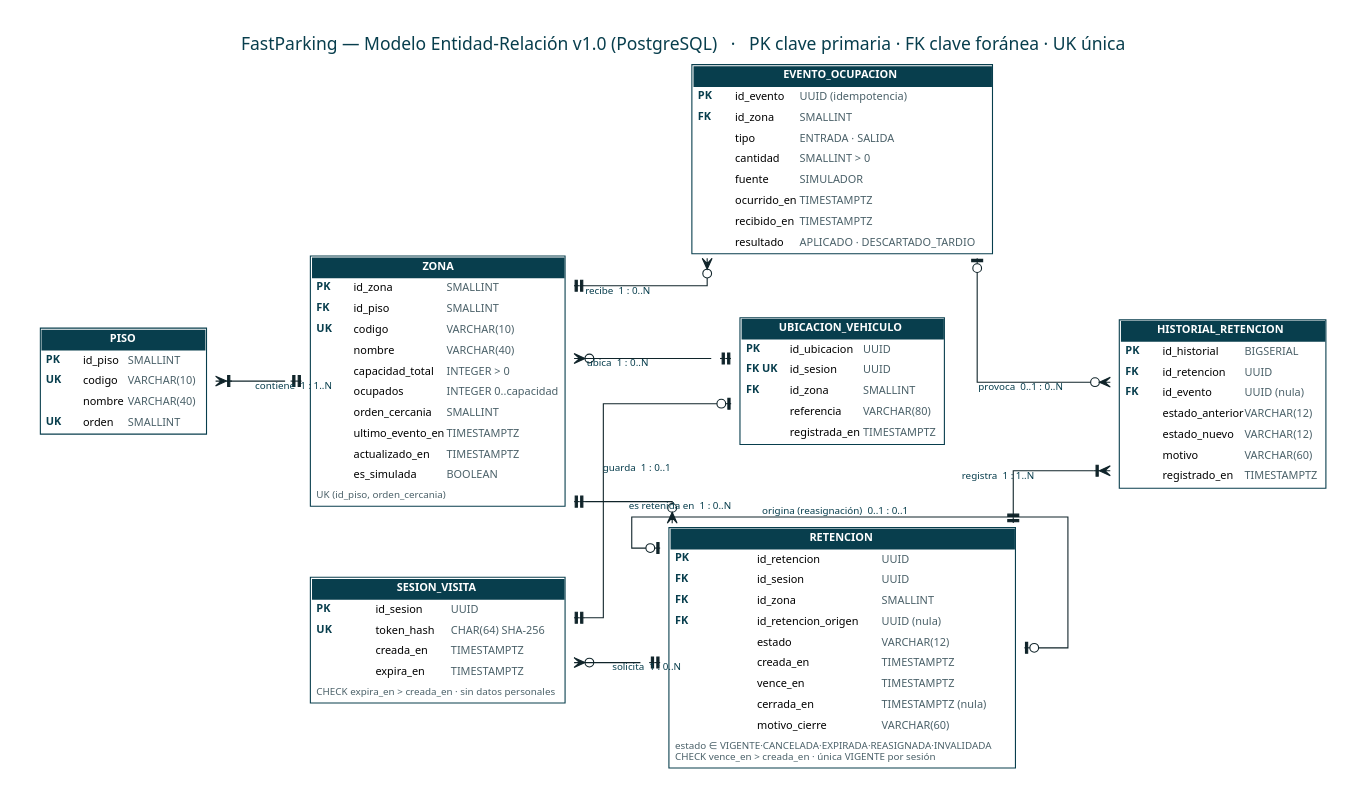
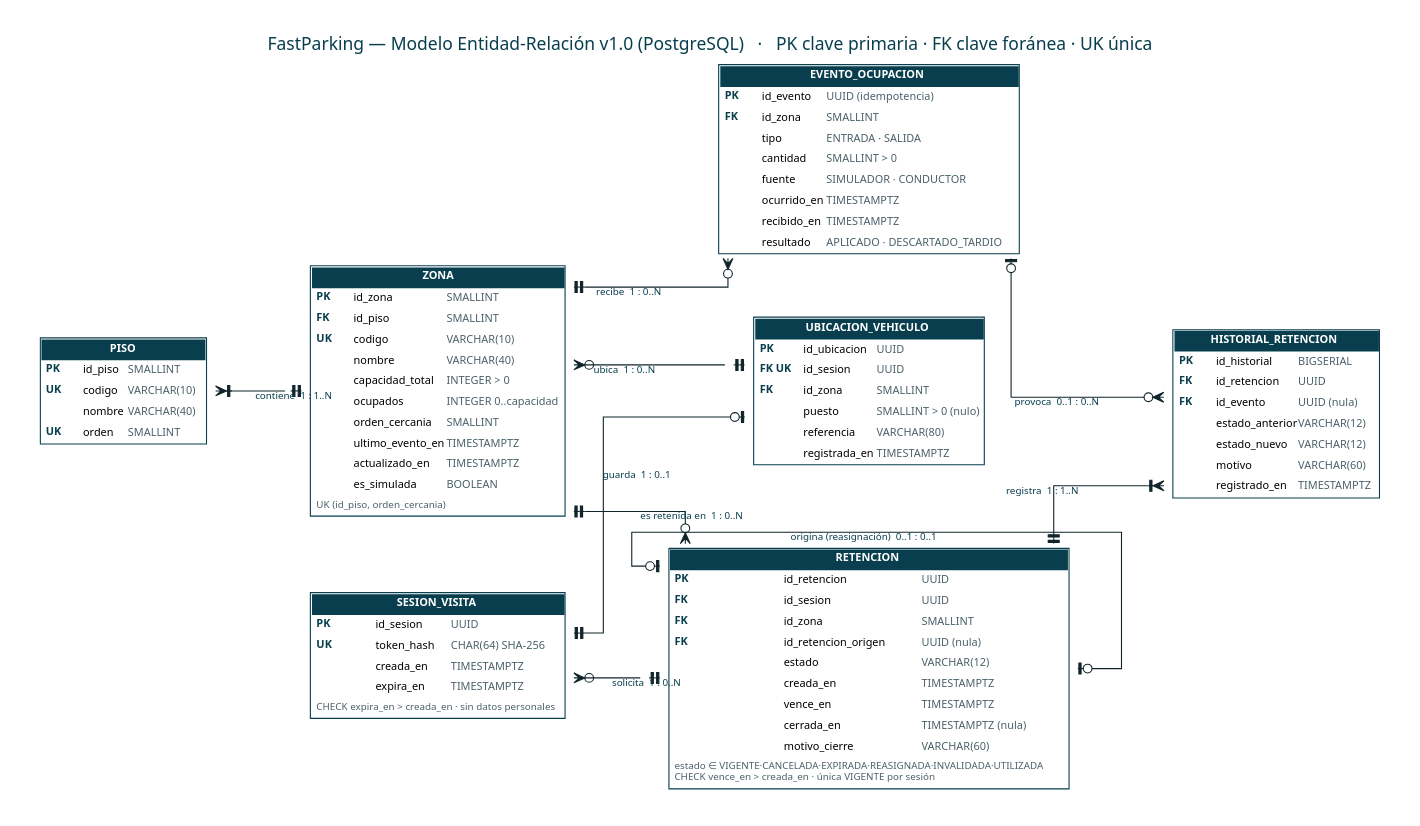
Before and after one commit to N4SL7/fastparking: the diagram in docs/diagramas/fuentes/mer.dot, drawn with Graphviz. The commit also changed 26 other files, not shown here.

```diff
--- a/docs/diagramas/fuentes/mer.dot
+++ b/docs/diagramas/fuentes/mer.dot
@@ -6,10 +6,10 @@
 piso [label=<<TABLE BORDER="1" COLOR="#083E4D" CELLBORDER="0" CELLSPACING="0" CELLPADDING="4"><TR><TD COLSPAN="3" BGCOLOR="#083E4D"><FONT COLOR="white"><B>PISO</B></FONT></TD></TR><TR><TD ALIGN="LEFT" WIDTH="34"><FONT COLOR="#083E4D"><B>PK</B></FONT></TD><TD ALIGN="LEFT">id_piso</TD><TD ALIGN="LEFT"><FONT COLOR="#4b6169">SMALLINT</FONT></TD></TR><TR><TD ALIGN="LEFT" WIDTH="34"><FONT COLOR="#083E4D"><B>UK</B></FONT></TD><TD ALIGN="LEFT">codigo</TD><TD ALIGN="LEFT"><FONT COLOR="#4b6169">VARCHAR(10)</FONT></TD></TR><TR><TD WIDTH="34"> </TD><TD ALIGN="LEFT">nombre</TD><TD ALIGN="LEFT"><FONT COLOR="#4b6169">VARCHAR(40)</FONT></TD></TR><TR><TD ALIGN="LEFT" WIDTH="34"><FONT COLOR="#083E4D"><B>UK</B></FONT></TD><TD ALIGN="LEFT">orden</TD><TD ALIGN="LEFT"><FONT COLOR="#4b6169">SMALLINT</FONT></TD></TR></TABLE>>];
 zona [label=<<TABLE BORDER="1" COLOR="#083E4D" CELLBORDER="0" CELLSPACING="0" CELLPADDING="4"><TR><TD COLSPAN="3" BGCOLOR="#083E4D"><FONT COLOR="white"><B>ZONA</B></FONT></TD></TR><TR><TD ALIGN="LEFT" WIDTH="34"><FONT COLOR="#083E4D"><B>PK</B></FONT></TD><TD ALIGN="LEFT">id_zona</TD><TD ALIGN="LEFT"><FONT COLOR="#4b6169">SMALLINT</FONT></TD></TR><TR><TD ALIGN="LEFT" WIDTH="34"><FONT COLOR="#083E4D"><B>FK</B></FONT></TD><TD ALIGN="LEFT">id_piso</TD><TD ALIGN="LEFT"><FONT COLOR="#4b6169">SMALLINT</FONT></TD></TR><TR><TD ALIGN="LEFT" WIDTH="34"><FONT COLOR="#083E4D"><B>UK</B></FONT></TD><TD ALIGN="LEFT">codigo</TD><TD ALIGN="LEFT"><FONT COLOR="#4b6169">VARCHAR(10)</FONT></TD></TR><TR><TD WIDTH="34"> </TD><TD ALIGN="LEFT">nombre</TD><TD ALIGN="LEFT"><FONT COLOR="#4b6169">VARCHAR(40)</FONT></TD></TR><TR><TD WIDTH="34"> </TD><TD ALIGN="LEFT">capacidad_total</TD><TD ALIGN="LEFT"><FONT COLOR="#4b6169">INTEGER &gt; 0</FONT></TD></TR><TR><TD WIDTH="34"> </TD><TD ALIGN="LEFT">ocupados</TD><TD ALIGN="LEFT"><FONT COLOR="#4b6169">INTEGER 0..capacidad</FONT></TD></TR><TR><TD WIDTH="34"> </TD><TD ALIGN="LEFT">orden_cercania</TD><TD ALIGN="LEFT"><FONT COLOR="#4b6169">SMALLINT</FONT></TD></TR><TR><TD WIDTH="34"> </TD><TD ALIGN="LEFT">ultimo_evento_en</TD><TD ALIGN="LEFT"><FONT COLOR="#4b6169">TIMESTAMPTZ</FONT></TD></TR><TR><TD WIDTH="34"> </TD><TD ALIGN="LEFT">actualizado_en</TD><TD ALIGN="LEFT"><FONT COLOR="#4b6169">TIMESTAMPTZ</FONT></TD></TR><TR><TD WIDTH="34"> </TD><TD ALIGN="LEFT">es_simulada</TD><TD ALIGN="LEFT"><FONT COLOR="#4b6169">BOOLEAN</FONT></TD></TR><TR><TD COLSPAN="3" ALIGN="LEFT"><FONT POINT-SIZE="9" COLOR="#4b6169">UK (id_piso, orden_cercania)</FONT></TD></TR></TABLE>>];
 sesion_visita [label=<<TABLE BORDER="1" COLOR="#083E4D" CELLBORDER="0" CELLSPACING="0" CELLPADDING="4"><TR><TD COLSPAN="3" BGCOLOR="#083E4D"><FONT COLOR="white"><B>SESION_VISITA</B></FONT></TD></TR><TR><TD ALIGN="LEFT" WIDTH="34"><FONT COLOR="#083E4D"><B>PK</B></FONT></TD><TD ALIGN="LEFT">id_sesion</TD><TD ALIGN="LEFT"><FONT COLOR="#4b6169">UUID</FONT></TD></TR><TR><TD ALIGN="LEFT" WIDTH="34"><FONT COLOR="#083E4D"><B>UK</B></FONT></TD><TD ALIGN="LEFT">token_hash</TD><TD ALIGN="LEFT"><FONT COLOR="#4b6169">CHAR(64) SHA-256</FONT></TD></TR><TR><TD WIDTH="34"> </TD><TD ALIGN="LEFT">creada_en</TD><TD ALIGN="LEFT"><FONT COLOR="#4b6169">TIMESTAMPTZ</FONT></TD></TR><TR><TD WIDTH="34"> </TD><TD ALIGN="LEFT">expira_en</TD><TD ALIGN="LEFT"><FONT COLOR="#4b6169">TIMESTAMPTZ</FONT></TD></TR><TR><TD COLSPAN="3" ALIGN="LEFT"><FONT POINT-SIZE="9" COLOR="#4b6169">CHECK expira_en &gt; creada_en · sin datos personales</FONT></TD></TR></TABLE>>];
-retencion [label=<<TABLE BORDER="1" COLOR="#083E4D" CELLBORDER="0" CELLSPACING="0" CELLPADDING="4"><TR><TD COLSPAN="3" BGCOLOR="#083E4D"><FONT COLOR="white"><B>RETENCION</B></FONT></TD></TR><TR><TD ALIGN="LEFT" WIDTH="34"><FONT COLOR="#083E4D"><B>PK</B></FONT></TD><TD ALIGN="LEFT">id_retencion</TD><TD ALIGN="LEFT"><FONT COLOR="#4b6169">UUID</FONT></TD></TR><TR><TD ALIGN="LEFT" WIDTH="34"><FONT COLOR="#083E4D"><B>FK</B></FONT></TD><TD ALIGN="LEFT">id_sesion</TD><TD ALIGN="LEFT"><FONT COLOR="#4b6169">UUID</FONT></TD></TR><TR><TD ALIGN="LEFT" WIDTH="34"><FONT COLOR="#083E4D"><B>FK</B></FONT></TD><TD ALIGN="LEFT">id_zona</TD><TD ALIGN="LEFT"><FONT COLOR="#4b6169">SMALLINT</FONT></TD></TR><TR><TD ALIGN="LEFT" WIDTH="34"><FONT COLOR="#083E4D"><B>FK</B></FONT></TD><TD ALIGN="LEFT">id_retencion_origen</TD><TD ALIGN="LEFT"><FONT COLOR="#4b6169">UUID (nula)</FONT></TD></TR><TR><TD WIDTH="34"> </TD><TD ALIGN="LEFT">estado</TD><TD ALIGN="LEFT"><FONT COLOR="#4b6169">VARCHAR(12)</FONT></TD></TR><TR><TD WIDTH="34"> </TD><TD ALIGN="LEFT">creada_en</TD><TD ALIGN="LEFT"><FONT COLOR="#4b6169">TIMESTAMPTZ</FONT></TD></TR><TR><TD WIDTH="34"> </TD><TD ALIGN="LEFT">vence_en</TD><TD ALIGN="LEFT"><FONT COLOR="#4b6169">TIMESTAMPTZ</FONT></TD></TR><TR><TD WIDTH="34"> </TD><TD ALIGN="LEFT">cerrada_en</TD><TD ALIGN="LEFT"><FONT COLOR="#4b6169">TIMESTAMPTZ (nula)</FONT></TD></TR><TR><TD WIDTH="34"> </TD><TD ALIGN="LEFT">motivo_cierre</TD><TD ALIGN="LEFT"><FONT COLOR="#4b6169">VARCHAR(60)</FONT></TD></TR><TR><TD COLSPAN="3" ALIGN="LEFT"><FONT POINT-SIZE="9" COLOR="#4b6169">estado ∈ VIGENTE·CANCELADA·EXPIRADA·REASIGNADA·INVALIDADA<BR ALIGN="LEFT"/>CHECK vence_en &gt; creada_en · única VIGENTE por sesión<BR ALIGN="LEFT"/></FONT></TD></TR></TABLE>>];
+retencion [label=<<TABLE BORDER="1" COLOR="#083E4D" CELLBORDER="0" CELLSPACING="0" CELLPADDING="4"><TR><TD COLSPAN="3" BGCOLOR="#083E4D"><FONT COLOR="white"><B>RETENCION</B></FONT></TD></TR><TR><TD ALIGN="LEFT" WIDTH="34"><FONT COLOR="#083E4D"><B>PK</B></FONT></TD><TD ALIGN="LEFT">id_retencion</TD><TD ALIGN="LEFT"><FONT COLOR="#4b6169">UUID</FONT></TD></TR><TR><TD ALIGN="LEFT" WIDTH="34"><FONT COLOR="#083E4D"><B>FK</B></FONT></TD><TD ALIGN="LEFT">id_sesion</TD><TD ALIGN="LEFT"><FONT COLOR="#4b6169">UUID</FONT></TD></TR><TR><TD ALIGN="LEFT" WIDTH="34"><FONT COLOR="#083E4D"><B>FK</B></FONT></TD><TD ALIGN="LEFT">id_zona</TD><TD ALIGN="LEFT"><FONT COLOR="#4b6169">SMALLINT</FONT></TD></TR><TR><TD ALIGN="LEFT" WIDTH="34"><FONT COLOR="#083E4D"><B>FK</B></FONT></TD><TD ALIGN="LEFT">id_retencion_origen</TD><TD ALIGN="LEFT"><FONT COLOR="#4b6169">UUID (nula)</FONT></TD></TR><TR><TD WIDTH="34"> </TD><TD ALIGN="LEFT">estado</TD><TD ALIGN="LEFT"><FONT COLOR="#4b6169">VARCHAR(12)</FONT></TD></TR><TR><TD WIDTH="34"> </TD><TD ALIGN="LEFT">creada_en</TD><TD ALIGN="LEFT"><FONT COLOR="#4b6169">TIMESTAMPTZ</FONT></TD></TR><TR><TD WIDTH="34"> </TD><TD ALIGN="LEFT">vence_en</TD><TD ALIGN="LEFT"><FONT COLOR="#4b6169">TIMESTAMPTZ</FONT></TD></TR><TR><TD WIDTH="34"> </TD><TD ALIGN="LEFT">cerrada_en</TD><TD ALIGN="LEFT"><FONT COLOR="#4b6169">TIMESTAMPTZ (nula)</FONT></TD></TR><TR><TD WIDTH="34"> </TD><TD ALIGN="LEFT">motivo_cierre</TD><TD ALIGN="LEFT"><FONT COLOR="#4b6169">VARCHAR(60)</FONT></TD></TR><TR><TD COLSPAN="3" ALIGN="LEFT"><FONT POINT-SIZE="9" COLOR="#4b6169">estado ∈ VIGENTE·CANCELADA·EXPIRADA·REASIGNADA·INVALIDADA·UTILIZADA<BR ALIGN="LEFT"/>CHECK vence_en &gt; creada_en · única VIGENTE por sesión<BR ALIGN="LEFT"/></FONT></TD></TR></TABLE>>];
 historial_retencion [label=<<TABLE BORDER="1" COLOR="#083E4D" CELLBORDER="0" CELLSPACING="0" CELLPADDING="4"><TR><TD COLSPAN="3" BGCOLOR="#083E4D"><FONT COLOR="white"><B>HISTORIAL_RETENCION</B></FONT></TD></TR><TR><TD ALIGN="LEFT" WIDTH="34"><FONT COLOR="#083E4D"><B>PK</B></FONT></TD><TD ALIGN="LEFT">id_historial</TD><TD ALIGN="LEFT"><FONT COLOR="#4b6169">BIGSERIAL</FONT></TD></TR><TR><TD ALIGN="LEFT" WIDTH="34"><FONT COLOR="#083E4D"><B>FK</B></FONT></TD><TD ALIGN="LEFT">id_retencion</TD><TD ALIGN="LEFT"><FONT COLOR="#4b6169">UUID</FONT></TD></TR><TR><TD ALIGN="LEFT" WIDTH="34"><FONT COLOR="#083E4D"><B>FK</B></FONT></TD><TD ALIGN="LEFT">id_evento</TD><TD ALIGN="LEFT"><FONT COLOR="#4b6169">UUID (nula)</FONT></TD></TR><TR><TD WIDTH="34"> </TD><TD ALIGN="LEFT">estado_anterior</TD><TD ALIGN="LEFT"><FONT COLOR="#4b6169">VARCHAR(12)</FONT></TD></TR><TR><TD WIDTH="34"> </TD><TD ALIGN="LEFT">estado_nuevo</TD><TD ALIGN="LEFT"><FONT COLOR="#4b6169">VARCHAR(12)</FONT></TD></TR><TR><TD WIDTH="34"> </TD><TD ALIGN="LEFT">motivo</TD><TD ALIGN="LEFT"><FONT COLOR="#4b6169">VARCHAR(60)</FONT></TD></TR><TR><TD WIDTH="34"> </TD><TD ALIGN="LEFT">registrado_en</TD><TD ALIGN="LEFT"><FONT COLOR="#4b6169">TIMESTAMPTZ</FONT></TD></TR></TABLE>>];
-evento_ocupacion [label=<<TABLE BORDER="1" COLOR="#083E4D" CELLBORDER="0" CELLSPACING="0" CELLPADDING="4"><TR><TD COLSPAN="3" BGCOLOR="#083E4D"><FONT COLOR="white"><B>EVENTO_OCUPACION</B></FONT></TD></TR><TR><TD ALIGN="LEFT" WIDTH="34"><FONT COLOR="#083E4D"><B>PK</B></FONT></TD><TD ALIGN="LEFT">id_evento</TD><TD ALIGN="LEFT"><FONT COLOR="#4b6169">UUID (idempotencia)</FONT></TD></TR><TR><TD ALIGN="LEFT" WIDTH="34"><FONT COLOR="#083E4D"><B>FK</B></FONT></TD><TD ALIGN="LEFT">id_zona</TD><TD ALIGN="LEFT"><FONT COLOR="#4b6169">SMALLINT</FONT></TD></TR><TR><TD WIDTH="34"> </TD><TD ALIGN="LEFT">tipo</TD><TD ALIGN="LEFT"><FONT COLOR="#4b6169">ENTRADA · SALIDA</FONT></TD></TR><TR><TD WIDTH="34"> </TD><TD ALIGN="LEFT">cantidad</TD><TD ALIGN="LEFT"><FONT COLOR="#4b6169">SMALLINT &gt; 0</FONT></TD></TR><TR><TD WIDTH="34"> </TD><TD ALIGN="LEFT">fuente</TD><TD ALIGN="LEFT"><FONT COLOR="#4b6169">SIMULADOR</FONT></TD></TR><TR><TD WIDTH="34"> </TD><TD ALIGN="LEFT">ocurrido_en</TD><TD ALIGN="LEFT"><FONT COLOR="#4b6169">TIMESTAMPTZ</FONT></TD></TR><TR><TD WIDTH="34"> </TD><TD ALIGN="LEFT">recibido_en</TD><TD ALIGN="LEFT"><FONT COLOR="#4b6169">TIMESTAMPTZ</FONT></TD></TR><TR><TD WIDTH="34"> </TD><TD ALIGN="LEFT">resultado</TD><TD ALIGN="LEFT"><FONT COLOR="#4b6169">APLICADO · DESCARTADO_TARDIO</FONT></TD></TR></TABLE>>];
-ubicacion_vehiculo [label=<<TABLE BORDER="1" COLOR="#083E4D" CELLBORDER="0" CELLSPACING="0" CELLPADDING="4"><TR><TD COLSPAN="3" BGCOLOR="#083E4D"><FONT COLOR="white"><B>UBICACION_VEHICULO</B></FONT></TD></TR><TR><TD ALIGN="LEFT" WIDTH="34"><FONT COLOR="#083E4D"><B>PK</B></FONT></TD><TD ALIGN="LEFT">id_ubicacion</TD><TD ALIGN="LEFT"><FONT COLOR="#4b6169">UUID</FONT></TD></TR><TR><TD ALIGN="LEFT" WIDTH="34"><FONT COLOR="#083E4D"><B>FK UK</B></FONT></TD><TD ALIGN="LEFT">id_sesion</TD><TD ALIGN="LEFT"><FONT COLOR="#4b6169">UUID</FONT></TD></TR><TR><TD ALIGN="LEFT" WIDTH="34"><FONT COLOR="#083E4D"><B>FK</B></FONT></TD><TD ALIGN="LEFT">id_zona</TD><TD ALIGN="LEFT"><FONT COLOR="#4b6169">SMALLINT</FONT></TD></TR><TR><TD WIDTH="34"> </TD><TD ALIGN="LEFT">referencia</TD><TD ALIGN="LEFT"><FONT COLOR="#4b6169">VARCHAR(80)</FONT></TD></TR><TR><TD WIDTH="34"> </TD><TD ALIGN="LEFT">registrada_en</TD><TD ALIGN="LEFT"><FONT COLOR="#4b6169">TIMESTAMPTZ</FONT></TD></TR></TABLE>>];
+evento_ocupacion [label=<<TABLE BORDER="1" COLOR="#083E4D" CELLBORDER="0" CELLSPACING="0" CELLPADDING="4"><TR><TD COLSPAN="3" BGCOLOR="#083E4D"><FONT COLOR="white"><B>EVENTO_OCUPACION</B></FONT></TD></TR><TR><TD ALIGN="LEFT" WIDTH="34"><FONT COLOR="#083E4D"><B>PK</B></FONT></TD><TD ALIGN="LEFT">id_evento</TD><TD ALIGN="LEFT"><FONT COLOR="#4b6169">UUID (idempotencia)</FONT></TD></TR><TR><TD ALIGN="LEFT" WIDTH="34"><FONT COLOR="#083E4D"><B>FK</B></FONT></TD><TD ALIGN="LEFT">id_zona</TD><TD ALIGN="LEFT"><FONT COLOR="#4b6169">SMALLINT</FONT></TD></TR><TR><TD WIDTH="34"> </TD><TD ALIGN="LEFT">tipo</TD><TD ALIGN="LEFT"><FONT COLOR="#4b6169">ENTRADA · SALIDA</FONT></TD></TR><TR><TD WIDTH="34"> </TD><TD ALIGN="LEFT">cantidad</TD><TD ALIGN="LEFT"><FONT COLOR="#4b6169">SMALLINT &gt; 0</FONT></TD></TR><TR><TD WIDTH="34"> </TD><TD ALIGN="LEFT">fuente</TD><TD ALIGN="LEFT"><FONT COLOR="#4b6169">SIMULADOR · CONDUCTOR</FONT></TD></TR><TR><TD WIDTH="34"> </TD><TD ALIGN="LEFT">ocurrido_en</TD><TD ALIGN="LEFT"><FONT COLOR="#4b6169">TIMESTAMPTZ</FONT></TD></TR><TR><TD WIDTH="34"> </TD><TD ALIGN="LEFT">recibido_en</TD><TD ALIGN="LEFT"><FONT COLOR="#4b6169">TIMESTAMPTZ</FONT></TD></TR><TR><TD WIDTH="34"> </TD><TD ALIGN="LEFT">resultado</TD><TD ALIGN="LEFT"><FONT COLOR="#4b6169">APLICADO · DESCARTADO_TARDIO</FONT></TD></TR></TABLE>>];
+ubicacion_vehiculo [label=<<TABLE BORDER="1" COLOR="#083E4D" CELLBORDER="0" CELLSPACING="0" CELLPADDING="4"><TR><TD COLSPAN="3" BGCOLOR="#083E4D"><FONT COLOR="white"><B>UBICACION_VEHICULO</B></FONT></TD></TR><TR><TD ALIGN="LEFT" WIDTH="34"><FONT COLOR="#083E4D"><B>PK</B></FONT></TD><TD ALIGN="LEFT">id_ubicacion</TD><TD ALIGN="LEFT"><FONT COLOR="#4b6169">UUID</FONT></TD></TR><TR><TD ALIGN="LEFT" WIDTH="34"><FONT COLOR="#083E4D"><B>FK UK</B></FONT></TD><TD ALIGN="LEFT">id_sesion</TD><TD ALIGN="LEFT"><FONT COLOR="#4b6169">UUID</FONT></TD></TR><TR><TD ALIGN="LEFT" WIDTH="34"><FONT COLOR="#083E4D"><B>FK</B></FONT></TD><TD ALIGN="LEFT">id_zona</TD><TD ALIGN="LEFT"><FONT COLOR="#4b6169">SMALLINT</FONT></TD></TR><TR><TD WIDTH="34"> </TD><TD ALIGN="LEFT">puesto</TD><TD ALIGN="LEFT"><FONT COLOR="#4b6169">SMALLINT &gt; 0 (nulo)</FONT></TD></TR><TR><TD WIDTH="34"> </TD><TD ALIGN="LEFT">referencia</TD><TD ALIGN="LEFT"><FONT COLOR="#4b6169">VARCHAR(80)</FONT></TD></TR><TR><TD WIDTH="34"> </TD><TD ALIGN="LEFT">registrada_en</TD><TD ALIGN="LEFT"><FONT COLOR="#4b6169">TIMESTAMPTZ</FONT></TD></TR></TABLE>>];
 piso -> zona [arrowtail=teetee, arrowhead=crowtee, xlabel="contiene  1 : 1..N"];
 zona -> retencion [arrowtail=teetee, arrowhead=crowodot, xlabel="es retenida en  1 : 0..N"];
 sesion_visita -> retencion [arrowtail=teetee, arrowhead=crowodot, xlabel="solicita  1 : 0..N"];
```
